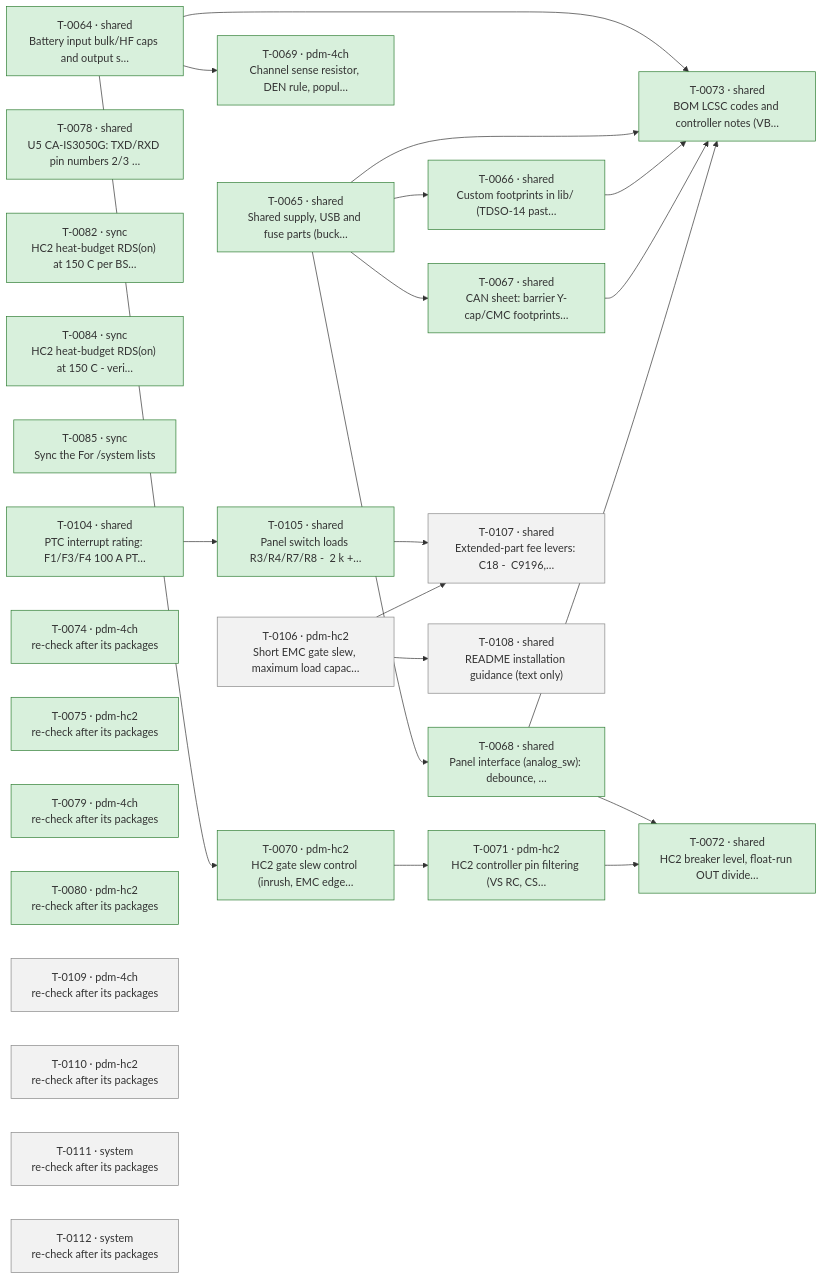
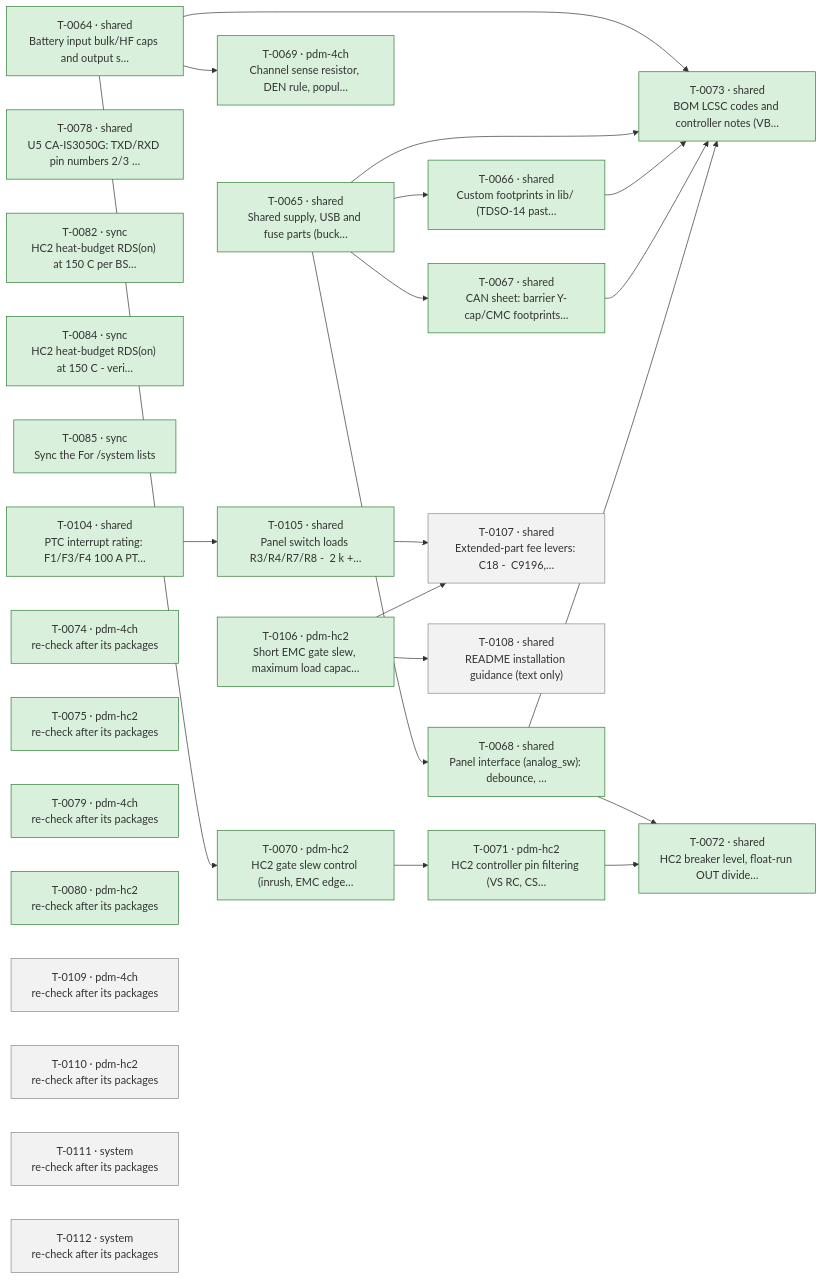
Before and after one commit to plektra/ESP32-PDM: the diagram in docs/ROADMAP.md, drawn with Mermaid. The commit also changed other lines of this file and 3 other files, not shown here.

````diff
--- a/docs/ROADMAP.md
+++ b/docs/ROADMAP.md
@@ -18,51 +18,51 @@
 ```mermaid
 flowchart LR
   T0064["T-0064 · shared<br/>Battery input bulk/HF caps and output s…"]:::done
   T0065["T-0065 · shared<br/>Shared supply, USB and fuse parts (buck…"]:::done
   T0066["T-0066 · shared<br/>Custom footprints in lib/ (TDSO-14 past…"]:::done
   T0067["T-0067 · shared<br/>CAN sheet: barrier Y-cap/CMC footprints…"]:::done
   T0068["T-0068 · shared<br/>Panel interface (analog_sw): debounce, …"]:::done
   T0069["T-0069 · pdm-4ch<br/>Channel sense resistor, DEN rule, popul…"]:::done
   T0070["T-0070 · pdm-hc2<br/>HC2 gate slew control (inrush, EMC edge…"]:::done
   T0071["T-0071 · pdm-hc2<br/>HC2 controller pin filtering (VS RC, CS…"]:::done
   T0072["T-0072 · shared<br/>HC2 breaker level, float-run OUT divide…"]:::done
   T0073["T-0073 · shared<br/>BOM LCSC codes and controller notes (VB…"]:::done
   T0078["T-0078 · shared<br/>U5 CA-IS3050G: TXD/RXD pin numbers 2/3 …"]:::done
   T0082["T-0082 · sync<br/>HC2 heat-budget RDS(on) at 150 C per BS…"]:::done
   T0084["T-0084 · sync<br/>HC2 heat-budget RDS(on) at 150 C - veri…"]:::done
   T0085["T-0085 · sync<br/>Sync the  For /system  lists"]:::done
   T0104["T-0104 · shared<br/>PTC interrupt rating: F1/F3/F4 100 A PT…"]:::done
   T0105["T-0105 · shared<br/>Panel switch loads R3/R4/R7/R8 -  2 k +…"]:::done
-  T0106["T-0106 · pdm-hc2<br/>Short EMC gate slew, maximum load capac…"]:::ready
+  T0106["T-0106 · pdm-hc2<br/>Short EMC gate slew, maximum load capac…"]:::done
   T0107["T-0107 · shared<br/>Extended-part fee levers: C18 -  C9196,…"]:::ready
   T0108["T-0108 · shared<br/>README installation guidance (text only)"]:::ready
   T0074["T-0074 · pdm-4ch<br/>re-check after its packages"]:::done
   T0075["T-0075 · pdm-hc2<br/>re-check after its packages"]:::done
   T0079["T-0079 · pdm-4ch<br/>re-check after its packages"]:::done
   T0080["T-0080 · pdm-hc2<br/>re-check after its packages"]:::done
   T0109["T-0109 · pdm-4ch<br/>re-check after its packages"]:::ready
   T0110["T-0110 · pdm-hc2<br/>re-check after its packages"]:::ready
   T0111["T-0111 · system<br/>re-check after its packages"]:::ready
   T0112["T-0112 · system<br/>re-check after its packages"]:::ready
   T0065 --> T0066
   T0065 --> T0067
   T0065 --> T0068
   T0064 --> T0069
   T0064 --> T0070
   T0070 --> T0071
   T0068 --> T0072
   T0071 --> T0072
   T0064 --> T0073
   T0065 --> T0073
   T0066 --> T0073
   T0067 --> T0073
   T0068 --> T0073
   T0104 --> T0105
   T0105 --> T0107
   T0106 --> T0107
   T0106 --> T0108
   classDef done fill:#d8f0dc,stroke:#2e7d32
   classDef running fill:#d6e6ff,stroke:#1f5fbf
   classDef ready fill:#f2f2f2,stroke:#888
   classDef failed fill:#f9d9d9,stroke:#b3261e
 ```
````
